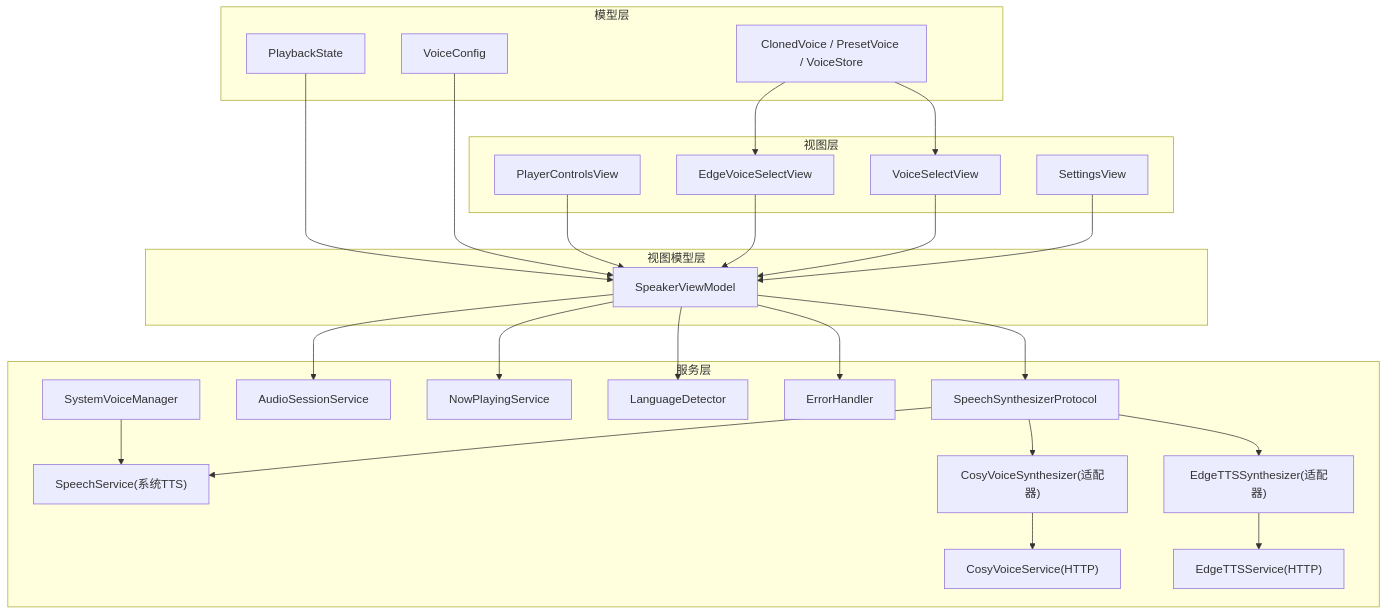
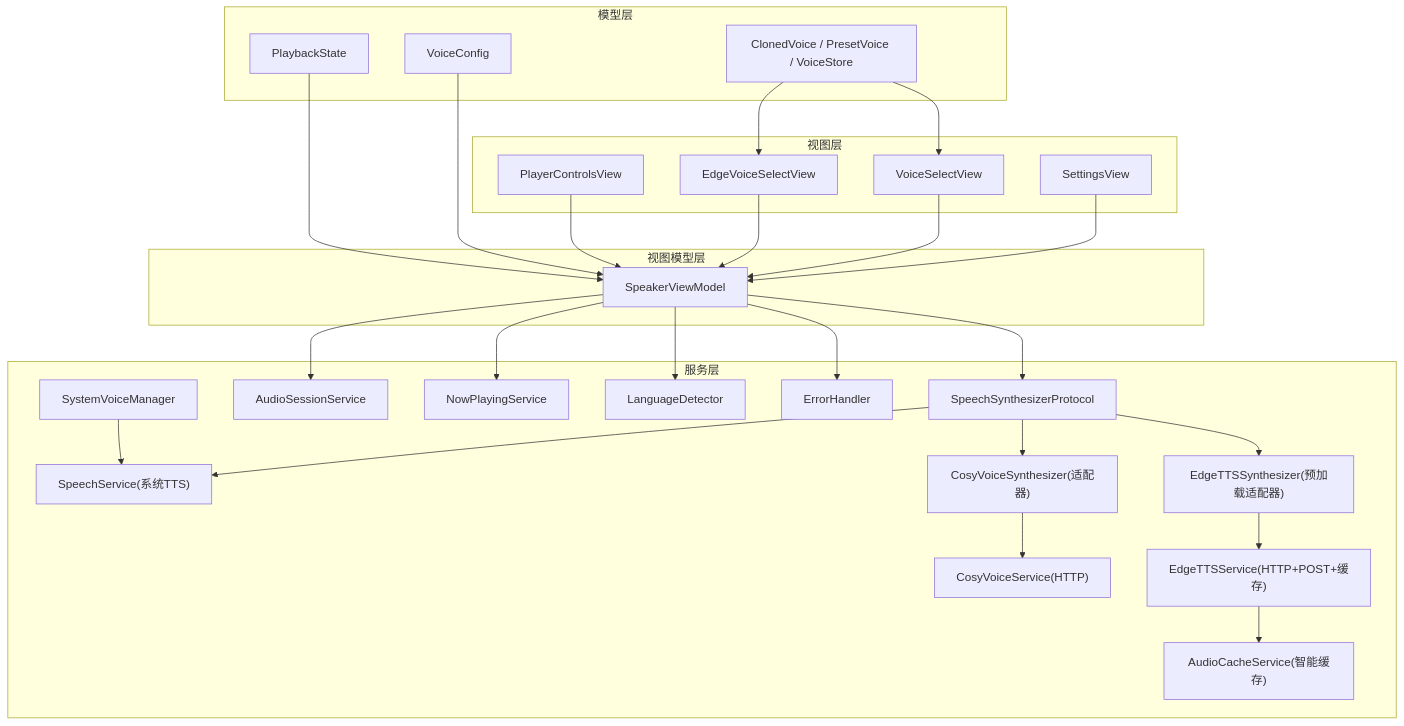
Before and after one commit to Primoguo/VoiceReader: the first of 9 diagrams in .qoder/repowiki/zh/content/核心功能模块/语音合成系统/语音合成系统.md, drawn with Mermaid. The commit also changed other lines of this file and 92 other files, not shown here.

````diff
--- a/.qoder/repowiki/zh/content/核心功能模块/语音合成系统/语音合成系统.md
+++ b/.qoder/repowiki/zh/content/核心功能模块/语音合成系统/语音合成系统.md
@@ -64,49 +63,51 @@
 ```mermaid
 graph TB
 subgraph "视图层"
 SV["SettingsView"]
 VS["VoiceSelectView"]
 EVS["EdgeVoiceSelectView"]
 PCV["PlayerControlsView"]
 end
 subgraph "视图模型层"
 VM["SpeakerViewModel"]
 end
 subgraph "服务层"
 P["SpeechSynthesizerProtocol"]
 STT["SpeechService(系统TTS)"]
 CVS["CosyVoiceService(HTTP)"]
 CVSyn["CosyVoiceSynthesizer(适配器)"]
-ETS["EdgeTTSService(HTTP)"]
-ETSyn["EdgeTTSSynthesizer(适配器)"]
+ETS["EdgeTTSService(HTTP+POST+缓存)"]
+ETSyn["EdgeTTSSynthesizer(预加载适配器)"]
+ACS["AudioCacheService(智能缓存)"]
 AS["AudioSessionService"]
 NP["NowPlayingService"]
 LD["LanguageDetector"]
 EH["ErrorHandler"]
 SVM["SystemVoiceManager"]
 end
 subgraph "模型层"
 VC["VoiceConfig"]
 PS["PlaybackState"]
 CV["ClonedVoice / PresetVoice / VoiceStore"]
 end
 SV --> VM
 VS --> VM
 EVS --> VM
 PCV --> VM
 VM --> P
 VM --> AS
 VM --> NP
 VM --> LD
 VM --> EH
 P --> STT
 P --> CVSyn
 P --> ETSyn
 CVSyn --> CVS
 ETSyn --> ETS
+ETS --> ACS
 VC --> VM
 PS --> VM
 CV --> VS
 CV --> EVS
 SVM --> STT
 ```
````
